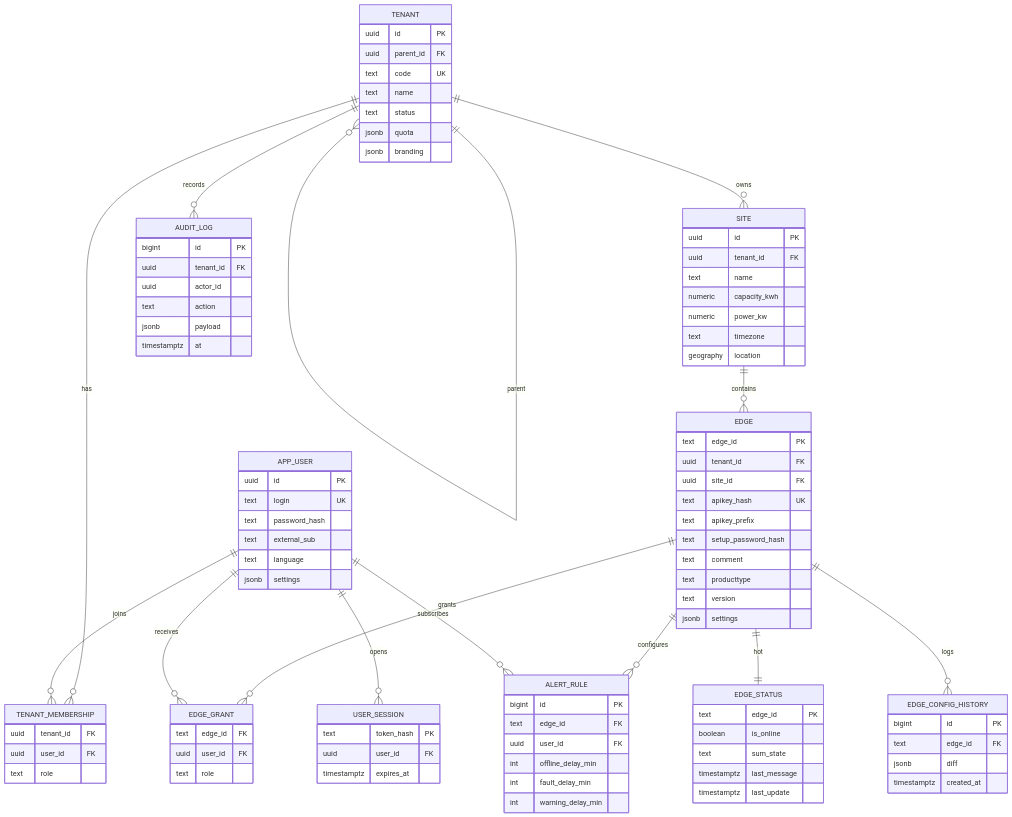
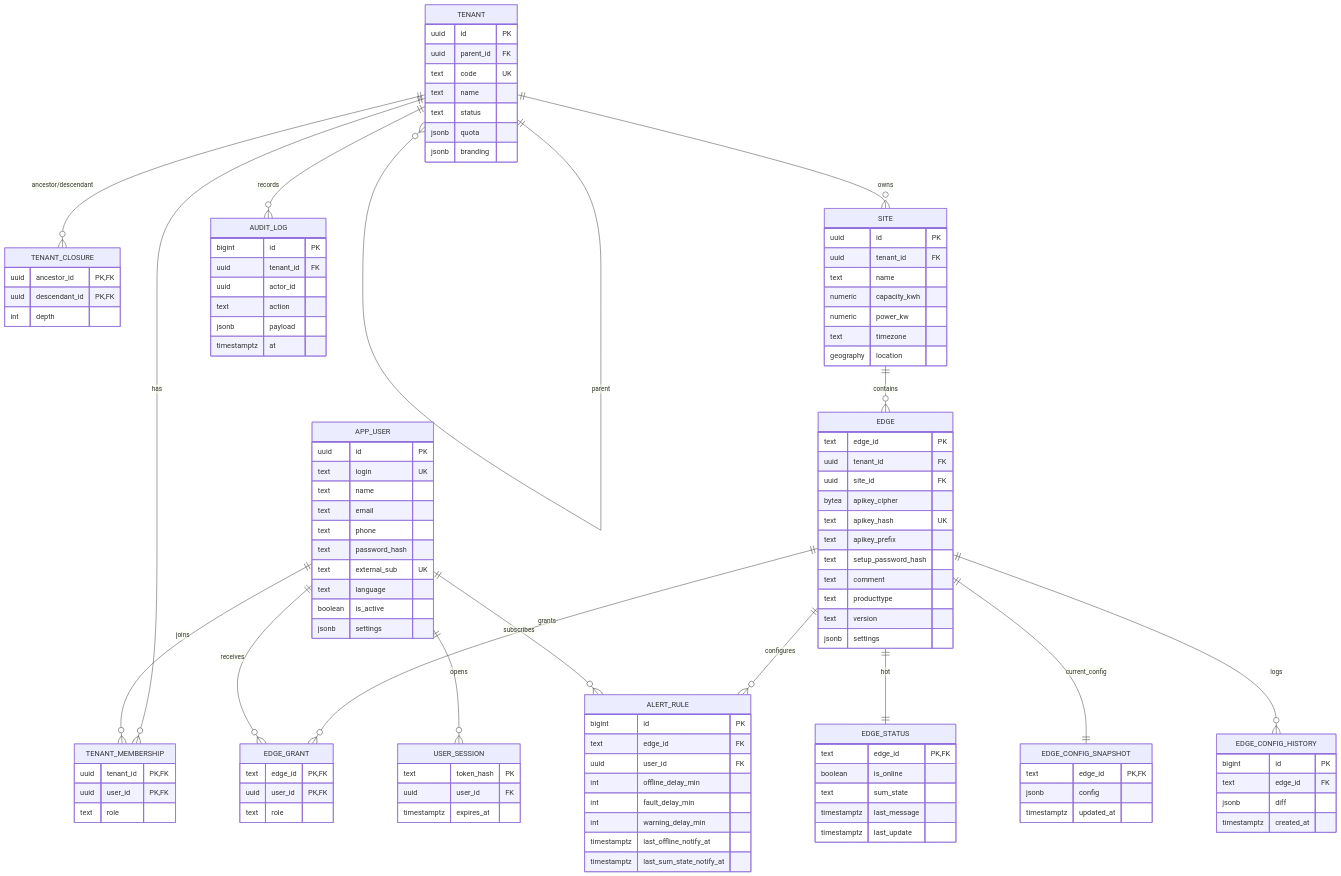
Before and after one commit to duanshuaimin/openems: the third of 3 diagrams in openems_multitenant_design.md, drawn with Mermaid. The commit also changed other lines of this file, not shown here.

````diff
--- a/openems_multitenant_design.md
+++ b/openems_multitenant_design.md
@@ -120,6 +132,7 @@
 ```mermaid
 erDiagram
     TENANT ||--o{ TENANT : "parent"
+    TENANT ||--o{ TENANT_CLOSURE : "ancestor/descendant"
     TENANT ||--o{ TENANT_MEMBERSHIP : has
     APP_USER ||--o{ TENANT_MEMBERSHIP : joins
     TENANT ||--o{ SITE : owns
@@ -127,6 +140,7 @@
     EDGE ||--o{ EDGE_GRANT : grants
     APP_USER ||--o{ EDGE_GRANT : receives
     EDGE ||--|| EDGE_STATUS : hot
+    EDGE ||--|| EDGE_CONFIG_SNAPSHOT : current_config
     EDGE ||--o{ EDGE_CONFIG_HISTORY : logs
     EDGE ||--o{ ALERT_RULE : configures
     APP_USER ||--o{ ALERT_RULE : subscribes
@@ -142,17 +156,26 @@
         jsonb quota
         jsonb branding
     }
+    TENANT_CLOSURE {
+        uuid ancestor_id PK,FK
+        uuid descendant_id PK,FK
+        int depth
+    }
     APP_USER {
         uuid id PK
         text login UK
+        text name
+        text email
+        text phone
         text password_hash
-        text external_sub
+        text external_sub UK
         text language
+        boolean is_active
         jsonb settings
     }
     TENANT_MEMBERSHIP {
-        uuid tenant_id FK
-        uuid user_id FK
+        uuid tenant_id PK,FK
+        uuid user_id PK,FK
         text role
     }
     SITE {
@@ -168,6 +191,7 @@
         text edge_id PK
         uuid tenant_id FK
         uuid site_id FK
+        bytea apikey_cipher
         text apikey_hash UK
         text apikey_prefix
         text setup_password_hash
@@ -177,16 +201,21 @@
         jsonb settings
     }
     EDGE_GRANT {
-        text edge_id FK
-        uuid user_id FK
+        text edge_id PK,FK
+        uuid user_id PK,FK
         text role
     }
     EDGE_STATUS {
-        text edge_id PK
+        text edge_id PK,FK
         boolean is_online
         text sum_state
         timestamptz last_message
         timestamptz last_update
+    }
+    EDGE_CONFIG_SNAPSHOT {
+        text edge_id PK,FK
+        jsonb config
+        timestamptz updated_at
     }
     EDGE_CONFIG_HISTORY {
         bigint id PK
@@ -201,6 +230,8 @@
         int offline_delay_min
         int fault_delay_min
         int warning_delay_min
+        timestamptz last_offline_notify_at
+        timestamptz last_sum_state_notify_at
     }
     USER_SESSION {
         text token_hash PK
````
